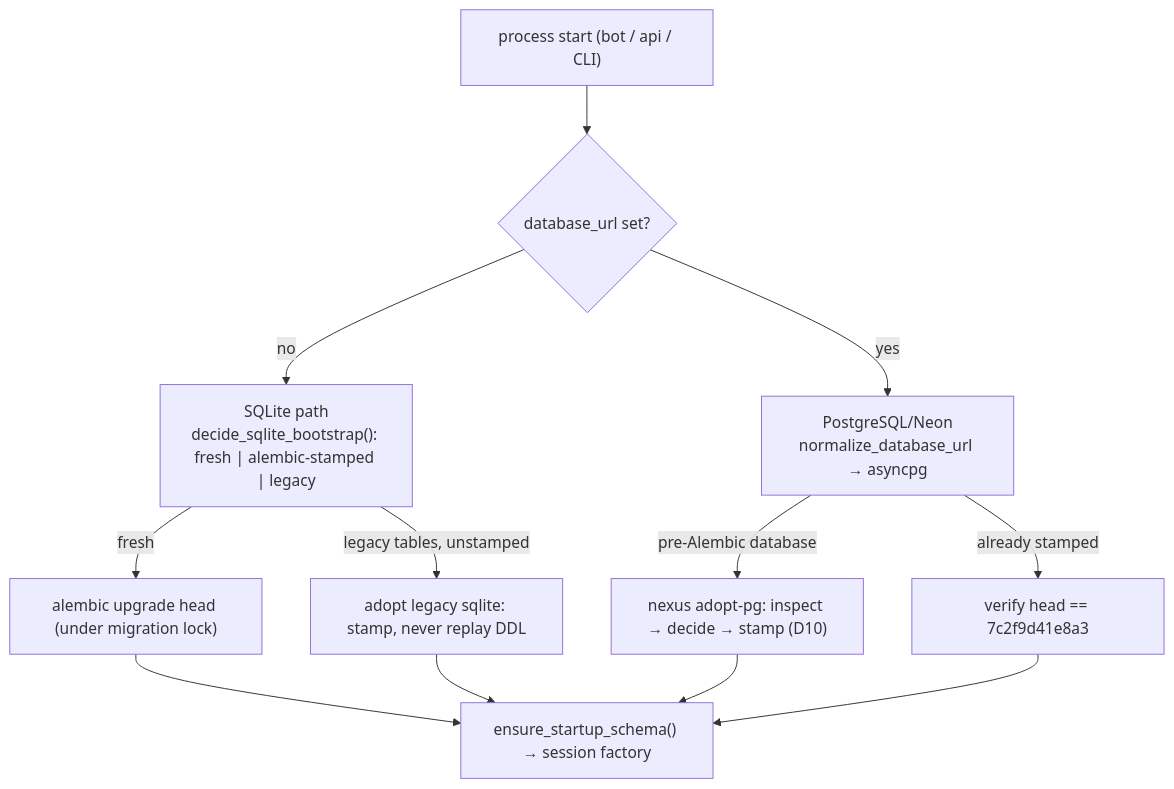
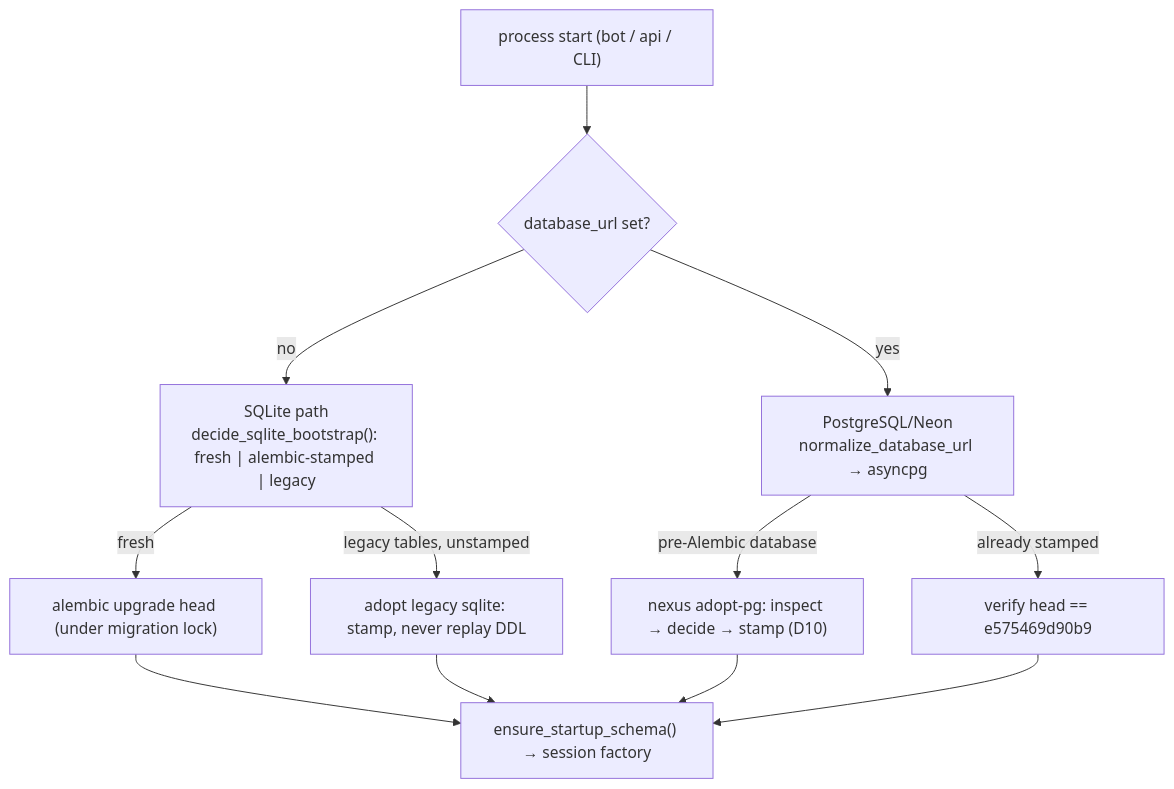
One commit to bot523h/nexus-ai-agent changed the fifth of 6 diagrams in docs/architecture/RUNTIME_FLOWS.md. Above: the diagram before and after it, drawn with Mermaid. The commit also changed other lines of this file and 29 other files, not shown here.

````diff
--- a/docs/architecture/RUNTIME_FLOWS.md
+++ b/docs/architecture/RUNTIME_FLOWS.md
@@ -158,14 +158,14 @@
 ```mermaid
 flowchart TD
     start["process start (bot / api / CLI)"] --> decide{"database_url set?"}
     decide -->|no| sqlite["SQLite path<br/>decide_sqlite_bootstrap(): fresh | alembic-stamped | legacy"]
     decide -->|yes| pg["PostgreSQL/Neon<br/>normalize_database_url → asyncpg"]
     sqlite -->|fresh| up["alembic upgrade head (under migration lock)"]
     sqlite -->|legacy tables, unstamped| adopt["adopt legacy sqlite: stamp, never replay DDL"]
     pg -->|pre-Alembic database| adoptpg["nexus adopt-pg: inspect → decide → stamp (D10)"]
-    pg -->|already stamped| head["verify head == 7c2f9d41e8a3"]
+    pg -->|already stamped| head["verify head == e575469d90b9"]
     up --> ready["ensure_startup_schema() → session factory"]
     adopt --> ready
     adoptpg --> ready
     head --> ready
 ```
````
